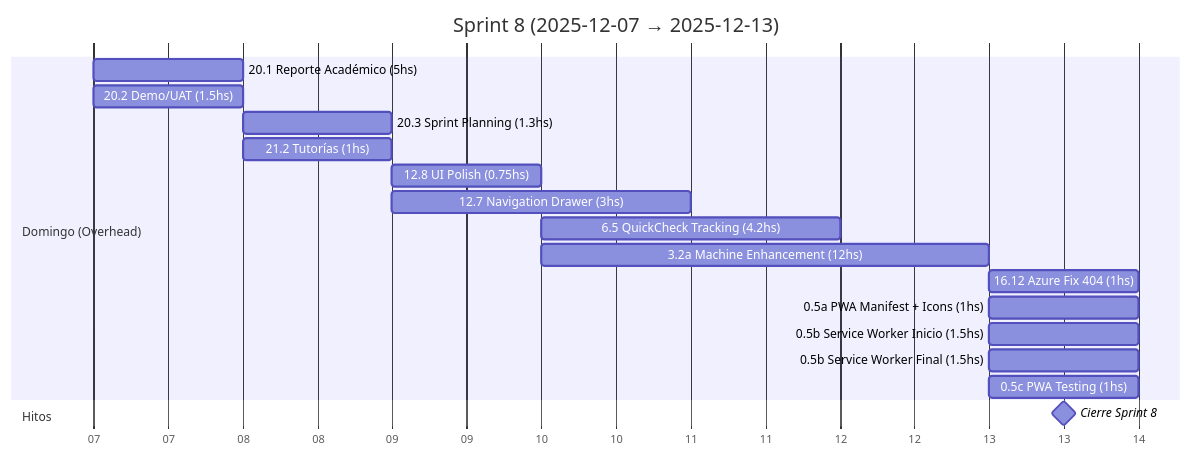
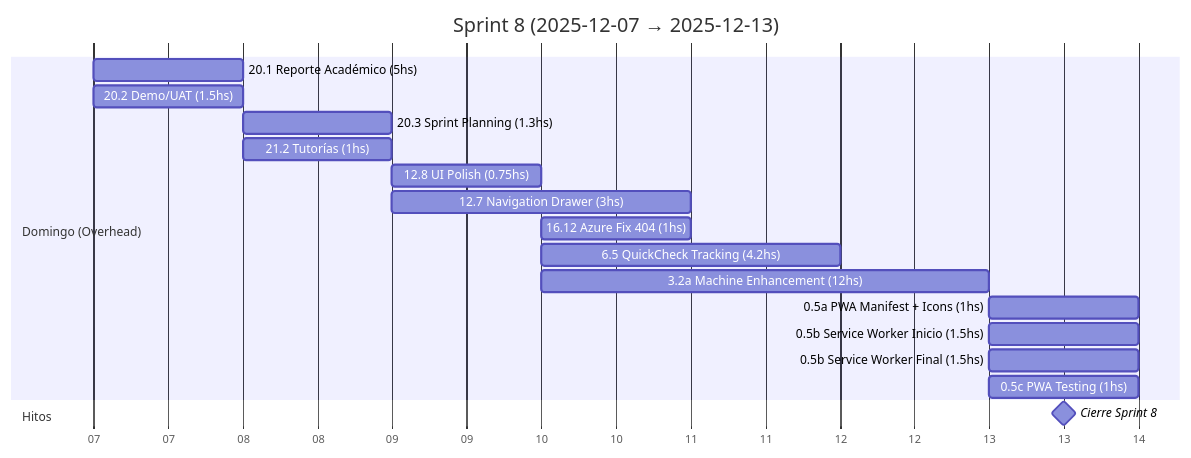
Before and after one commit to MarkMed/FleetMan: the ninth of 19 diagrams in docs/SprintsGantts.md, drawn with Mermaid. The commit also changed 1 other file, not shown here.

Commit message:
fix: Adjust task hours and reorder entries for Azure Static Web App and QuickCheck User Tracking in sprint planning

````diff
--- a/docs/SprintsGantts.md
+++ b/docs/SprintsGantts.md
@@ -247,27 +247,27 @@
 ```mermaid
 gantt
   title Sprint 8 (2025-12-07 → 2025-12-13)
   dateFormat  YYYY-MM-DD
   axisFormat  %d
 
   %% Asumimos 5 h/día. Horas estimadas incluidas en el nombre.
 
   section Domingo (Overhead)
   20.1 Reporte Académico (5hs)                 :t201, 2025-12-07, 1d
   20.2 Demo/UAT (1.5hs)                        :t202, 2025-12-07, 1d
   20.3 Sprint Planning (1.3hs)                 :t203, 2025-12-08, 1d
   21.2 Tutorías (1hs)                          :t212, 2025-12-08, 1d
 
   12.8 UI Polish (0.75hs)                      :t128, 2025-12-09, 1d
   12.7 Navigation Drawer (3hs)              :t127a, 2025-12-09, 2d
+  16.12 Azure Fix 404 (1hs)                    :t1612, 2025-12-10, 1d
   6.5 QuickCheck Tracking (4.2hs)              :t65, 2025-12-10, 2d
   3.2a Machine Enhancement (12hs)              :t32a, 2025-12-10, 3d
-  16.12 Azure Fix 404 (1hs)                    :t1612, 2025-12-13, 1d
   0.5a PWA Manifest + Icons (1hs)              :t05a, 2025-12-13, 1d
   0.5b Service Worker Inicio (1.5hs)           :t05b1, 2025-12-13, 1d
   0.5b Service Worker Final (1.5hs)            :t05b2, 2025-12-13, 1d
   0.5c PWA Testing (1hs)                       :t05c, 2025-12-13, 1d
 
   section Hitos
   Cierre Sprint 8                              :milestone, s8, 2025-12-13, 1d
 ```
````
